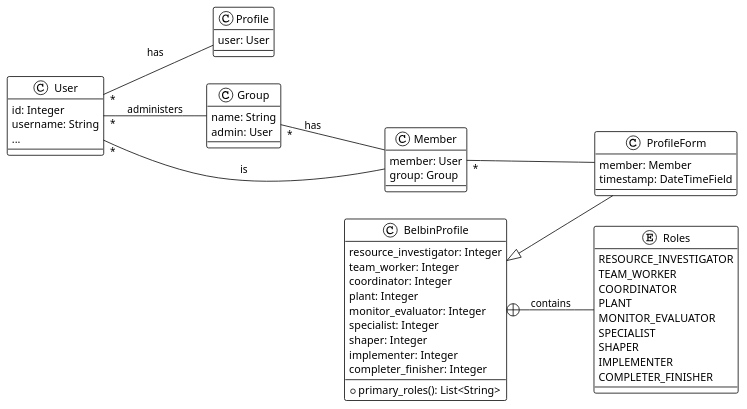
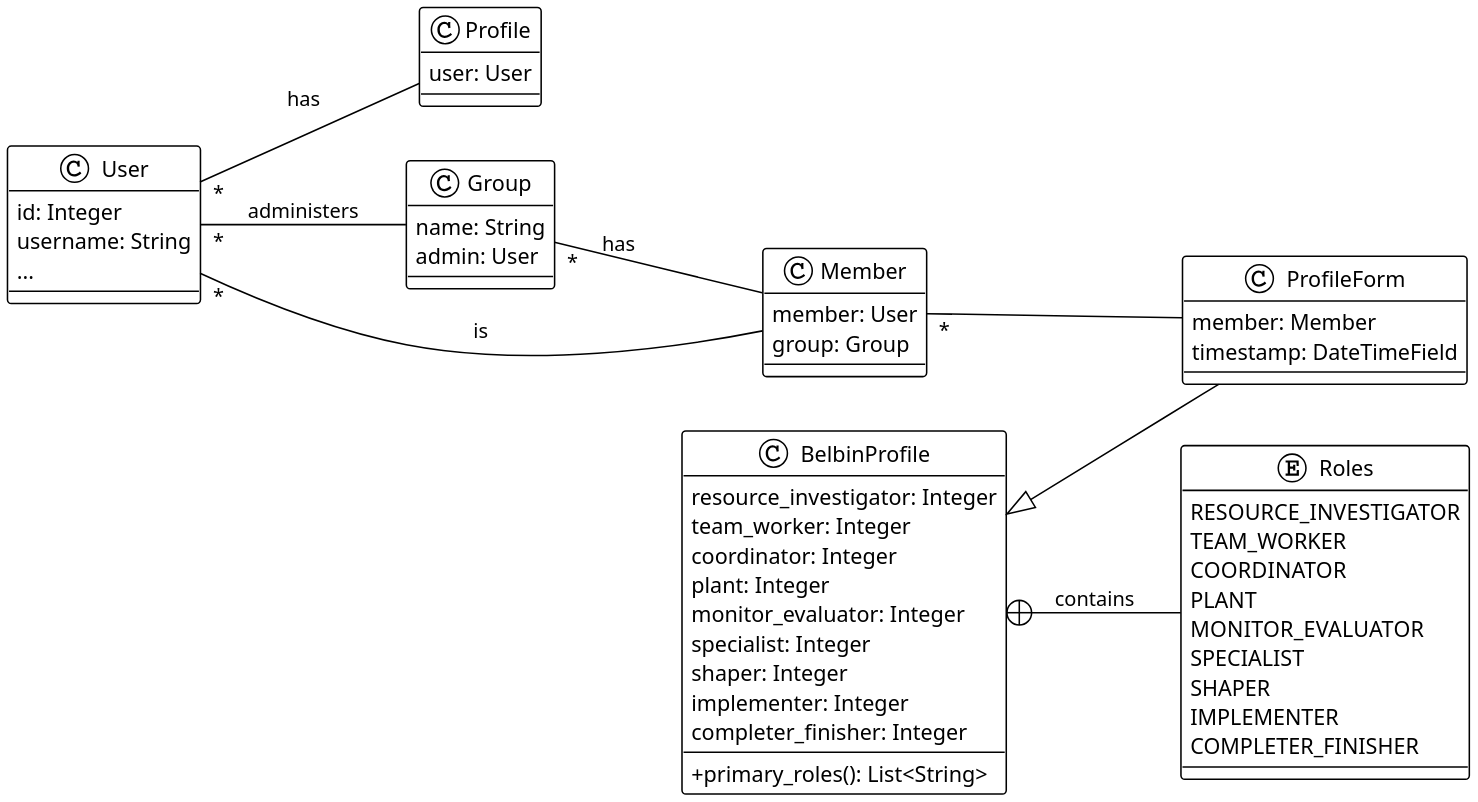
The diagram in presentation/hola.org (Galindo-lab/org-latex-templates), drawn with PlantUML before and after one commit. The commit also changed other lines of this file and 6 other files, not shown here.

```diff
--- a/presentation/hola.org
+++ b/presentation/hola.org
@@ -27,73 +26,69 @@
-#+begin_src plantuml :file ./a.png
+#+begin_src plantuml :file ./images/dmulti.png
 !theme plain
-scale 5
+scale 2
 skinparam classattributeiconsize 0
+left to right direction
 
-@startuml
-!theme plain
-left to right direction
 
 class User {
     id: Integer
     username: String
     ...
 }
 
 class Profile  {
     user: User
 }
 
 class Group {
     name: String
     admin: User
 }
 
 class Member  {
     member: User
     group: Group
 }
 
 enum Roles  {
     RESOURCE_INVESTIGATOR
     TEAM_WORKER
     COORDINATOR
     PLANT
     MONITOR_EVALUATOR
     SPECIALIST
     SHAPER
     IMPLEMENTER
     COMPLETER_FINISHER
 }
 
 class BelbinProfile  {
     resource_investigator: Integer
     team_worker: Integer
     coordinator: Integer
     plant: Integer
     monitor_evaluator: Integer
     specialist: Integer
     shaper: Integer
     implementer: Integer
     completer_finisher: Integer
     + primary_roles(): List<String>
 }
 
 class ProfileForm {
    member: Member
    timestamp: DateTimeField
    
 }
 
 BelbinProfile <|-- ProfileForm
 
 Group "*" -- Member : has
 User "*" -- Profile : has
 User "*" -- Group : administers
 User "*" -- Member : is 
 
 Member "*" -- ProfileForm
 
 BelbinProfile +-- Roles : contains
-@enduml
-
 #+end_src
```
